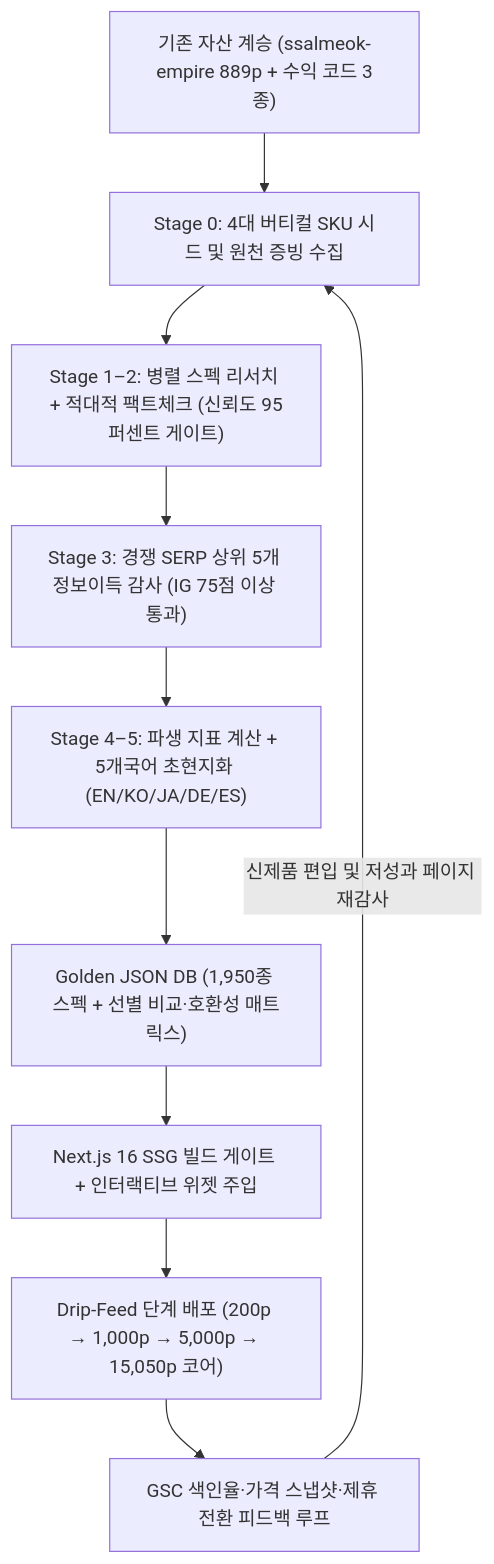
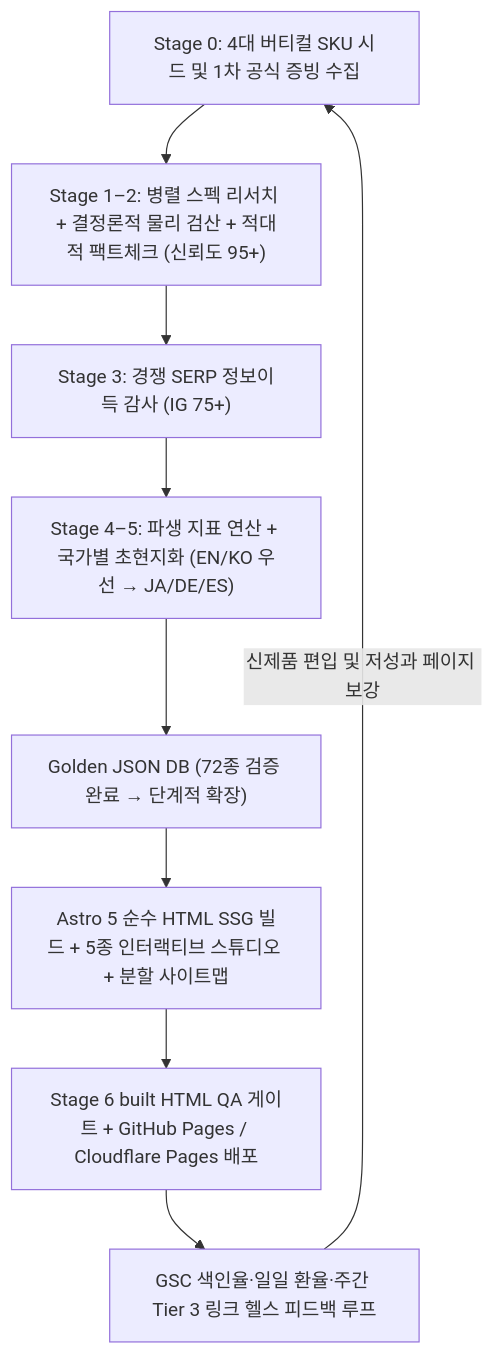
One commit to kbu3986/specmatrix-global changed the diagram in README.md. Above: the diagram before and after it, drawn with Mermaid. The commit also changed other lines of this file and 79 other files, not shown here.

````diff
--- a/README.md
+++ b/README.md
@@ -71,12 +72,11 @@
 ```mermaid
 flowchart TD
-    A["기존 자산 계승 (ssalmeok-empire 889p + 수익 코드 3종)"] --> B["Stage 0: 4대 버티컬 SKU 시드 및 원천 증빙 수집"]
-    B --> C["Stage 1–2: 병렬 스펙 리서치 + 적대적 팩트체크 (신뢰도 95퍼센트 게이트)"]
-    C --> D["Stage 3: 경쟁 SERP 상위 5개 정보이득 감사 (IG 75점 이상 통과)"]
-    D --> E["Stage 4–5: 파생 지표 계산 + 5개국어 초현지화 (EN/KO/JA/DE/ES)"]
-    E --> F["Golden JSON DB (1,950종 스펙 + 선별 비교·호환성 매트릭스)"]
-    F --> G["Next.js 16 SSG 빌드 게이트 + 인터랙티브 위젯 주입"]
-    G --> H["Drip-Feed 단계 배포 (200p → 1,000p → 5,000p → 15,050p 코어)"]
-    H --> I["GSC 색인율·가격 스냅샷·제휴 전환 피드백 루프"]
-    I -- "신제품 편입 및 저성과 페이지 재감사" --> B
+    A["Stage 0: 4대 버티컬 SKU 시드 및 1차 공식 증빙 수집"] --> B["Stage 1–2: 병렬 스펙 리서치 + 결정론적 물리 검산 + 적대적 팩트체크 (신뢰도 95+)"]
+    B --> C["Stage 3: 경쟁 SERP 정보이득 감사 (IG 75+)"]
+    C --> D["Stage 4–5: 파생 지표 연산 + 국가별 초현지화 (EN/KO 우선 → JA/DE/ES)"]
+    D --> E["Golden JSON DB (72종 검증 완료 → 단계적 확장)"]
+    E --> F["Astro 5 순수 HTML SSG 빌드 + 5종 인터랙티브 스튜디오 + 분할 사이트맵"]
+    F --> G["Stage 6 built HTML QA 게이트 + GitHub Pages / Cloudflare Pages 배포"]
+    G --> H["GSC 색인율·일일 환율·주간 Tier 3 링크 헬스 피드백 루프"]
+    H -- "신제품 편입 및 저성과 페이지 보강" --> A
 ```
````
